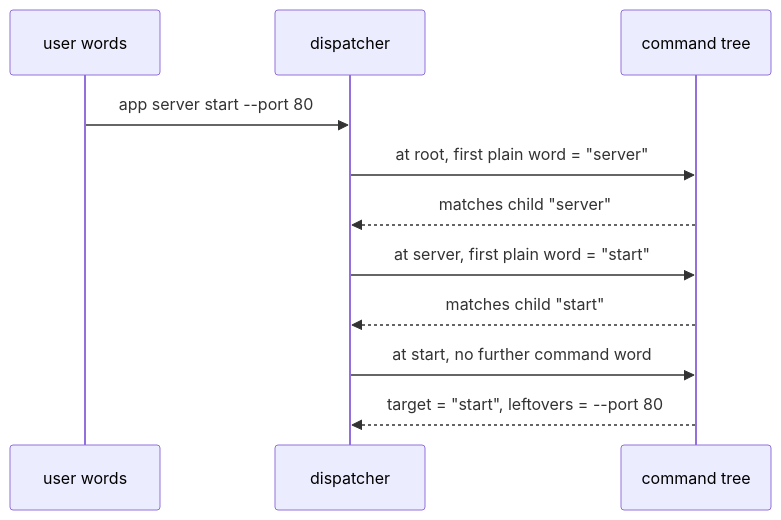
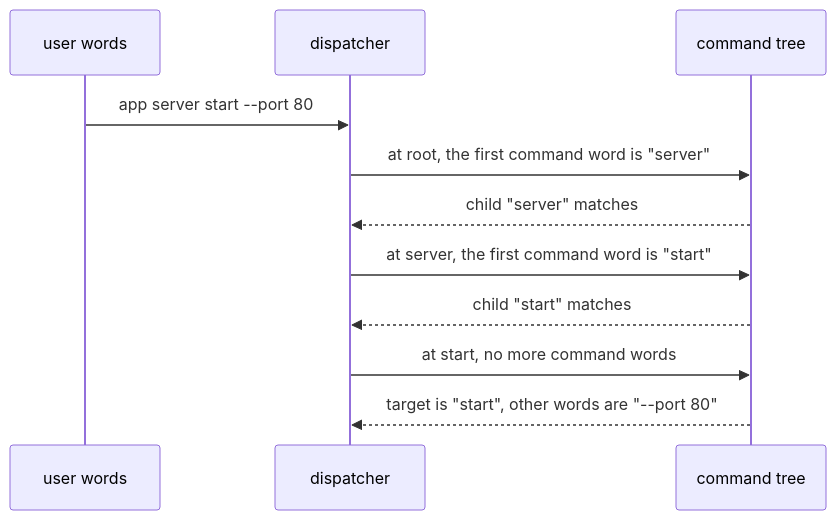
The second of 5 diagrams in docs/examples/cobra/.cluedoc/execution-and-dispatch/README.md (KeunwooPark/cluedoc), drawn with Mermaid before and after one commit. The commit also changed other lines of this file and 22 other files, not shown here.

````diff
--- a/docs/examples/cobra/.cluedoc/execution-and-dispatch/README.md
+++ b/docs/examples/cobra/.cluedoc/execution-and-dispatch/README.md
@@ -41,13 +49,13 @@
 ```mermaid
 sequenceDiagram
     participant U as user words
     participant D as dispatcher
     participant T as command tree
     U->>D: app server start --port 80
-    D->>T: at root, first plain word = "server"
-    T-->>D: matches child "server"
-    D->>T: at server, first plain word = "start"
-    T-->>D: matches child "start"
-    D->>T: at start, no further command word
-    T-->>D: target = "start", leftovers = --port 80
+    D->>T: at root, the first command word is "server"
+    T-->>D: child "server" matches
+    D->>T: at server, the first command word is "start"
+    T-->>D: child "start" matches
+    D->>T: at start, no more command words
+    T-->>D: target is "start", other words are "--port 80"
 ```
````
